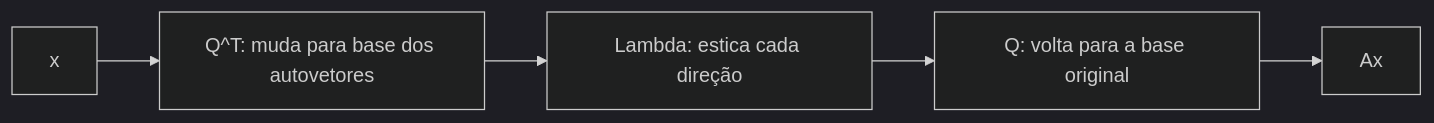
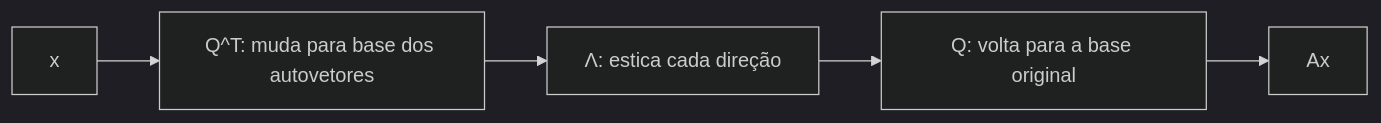
Before and after one commit to GabrielFerreiraAbel/Math-to-models: the seventh of 9 diagrams in algebralinear/RESUMO.MD, drawn with Mermaid (dark theme). The commit also changed other lines of this file, not shown here.

````diff
--- a/algebralinear/RESUMO.MD
+++ b/algebralinear/RESUMO.MD
@@ -1795,7 +1795,7 @@
 ```mermaid
 flowchart LR
     X[x] --> QT[Q^T: muda para base dos autovetores]
-    QT --> L[Lambda: estica cada direção]
+    QT --> L["Λ: estica cada direção"]
     L --> Q[Q: volta para a base original]
     Q --> AX[Ax]
 ```
````
